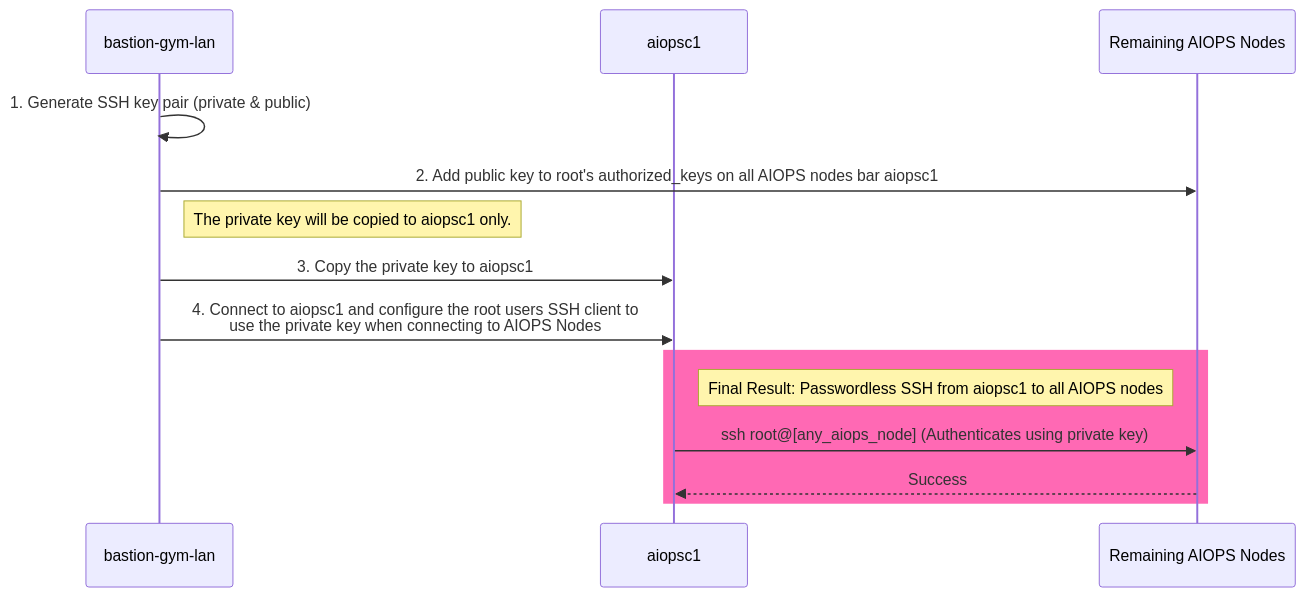
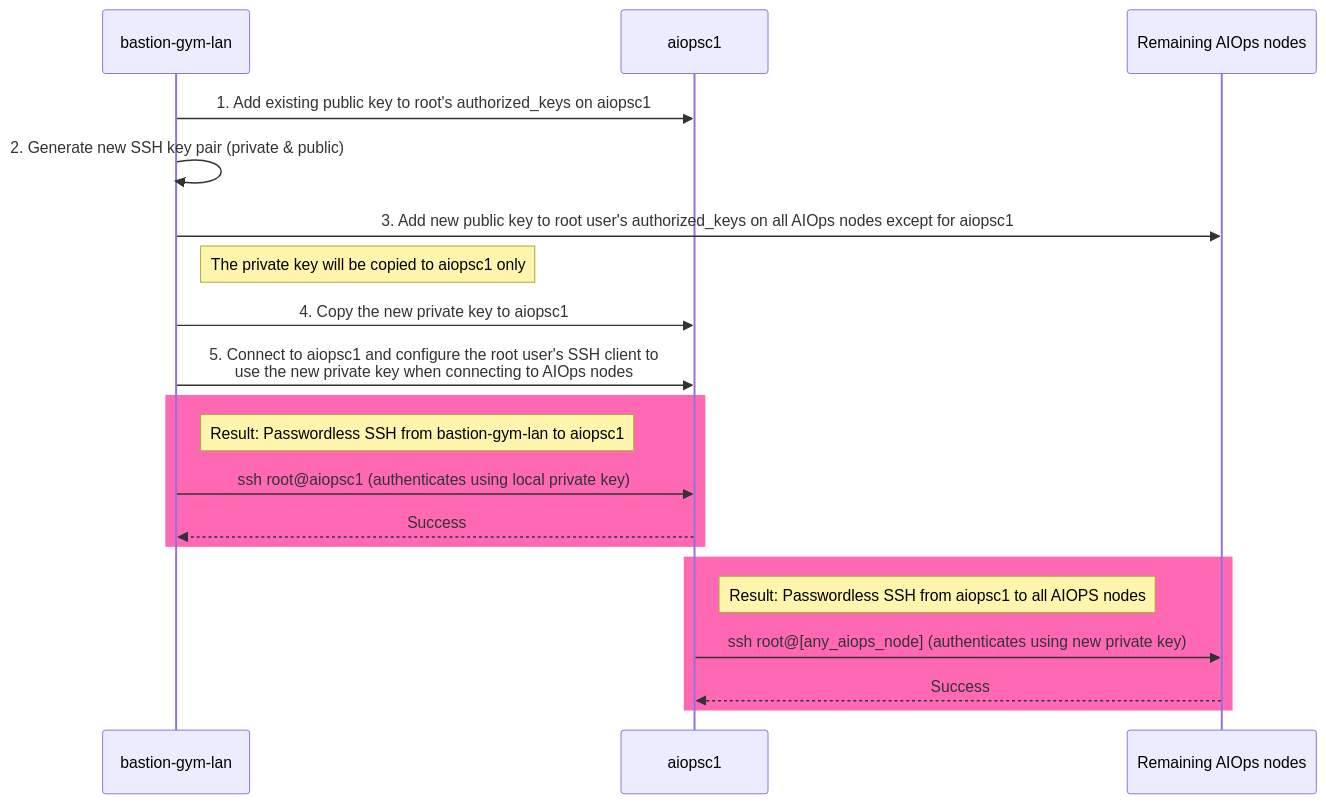
Before and after one commit to IBM/waiops-tech-jam: the second of 2 diagrams in labs/cloud-pak-aiops/install-lab-linux/3-installation/index.mdx, drawn with Mermaid. The commit also changed other lines of this file and 3 other files, not shown here.

````diff
--- a/labs/cloud-pak-aiops/install-lab-linux/3-installation/index.mdx
+++ b/labs/cloud-pak-aiops/install-lab-linux/3-installation/index.mdx
@@ -87,21 +95,29 @@
 ```mermaid
 sequenceDiagram
     participant Bastion as bastion-gym-lan
     participant AIOPSC1 as aiopsc1
-    participant AIOPSNodes as Remaining AIOPS Nodes
+    participant AIOPSNodes as Remaining AIOps nodes
 
-    Bastion->>Bastion: 1. Generate SSH key pair (private & public)
+    Bastion->>AIOPSC1: 1. Add existing public key to root's authorized_keys on aiopsc1
 
-    Bastion->>AIOPSNodes: 2. Add public key to root's authorized_keys on all AIOPS nodes bar aiopsc1
+    Bastion->>Bastion: 2. Generate new SSH key pair (private & public)
 
-    Note right of Bastion: The private key will be copied to aiopsc1 only.
-    Bastion->>AIOPSC1: 3. Copy the private key to aiopsc1
-    Bastion->>AIOPSC1: 4. Connect to aiopsc1 and configure the root users SSH client to <br> use the private key when connecting to AIOPS Nodes
+    Bastion->>AIOPSNodes: 3. Add new public key to root user's authorized_keys on all AIOps nodes except for aiopsc1
 
-    %% The hotpink color is used to target the rectangle with css, it is not the final colour.
+    Note right of Bastion: The private key will be copied to aiopsc1 only
+
+    Bastion->>AIOPSC1: 4. Copy the new private key to aiopsc1
+    Bastion->>AIOPSC1: 5. Connect to aiopsc1 and configure the root user's SSH client to <br>use the new private key when connecting to AIOps nodes
+
+    %% The hotpink color is used to target the rectangle with css, it is not the final colour
     rect hotpink
-        note right of AIOPSC1: Final Result: Passwordless SSH from aiopsc1 to all AIOPS nodes
-        AIOPSC1->>AIOPSNodes: ssh root@[any_aiops_node] (Authenticates using private key)
+        note right of Bastion: Result: Passwordless SSH from bastion-gym-lan to aiopsc1
+        Bastion->>AIOPSC1: ssh root@aiopsc1 (authenticates using local private key)
+        AIOPSC1-->>Bastion: Success
+    end
+    rect hotpink
+        note right of AIOPSC1: Result: Passwordless SSH from aiopsc1 to all AIOPS nodes
+        AIOPSC1->>AIOPSNodes: ssh root@[any_aiops_node] (authenticates using new private key)
         AIOPSNodes-->>AIOPSC1: Success
     end
 ```
````
